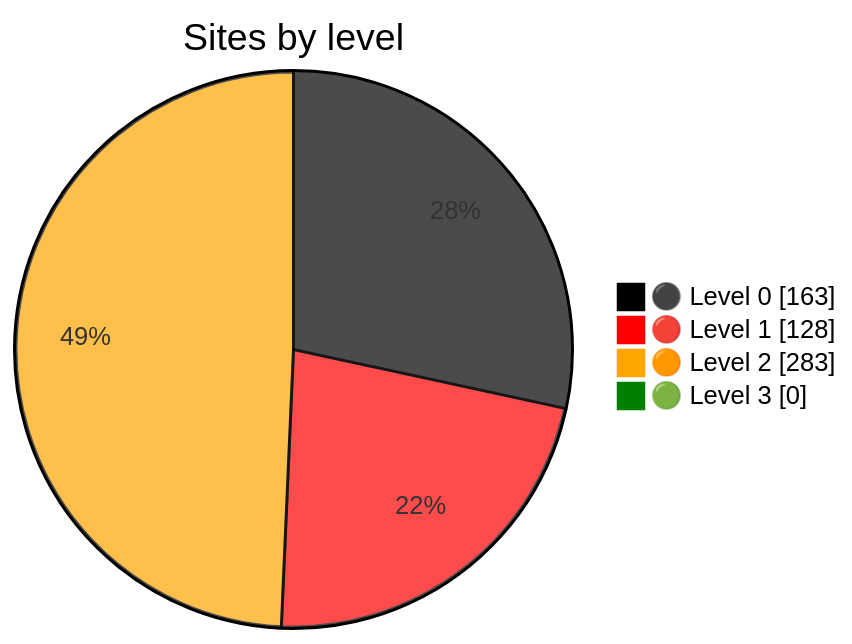
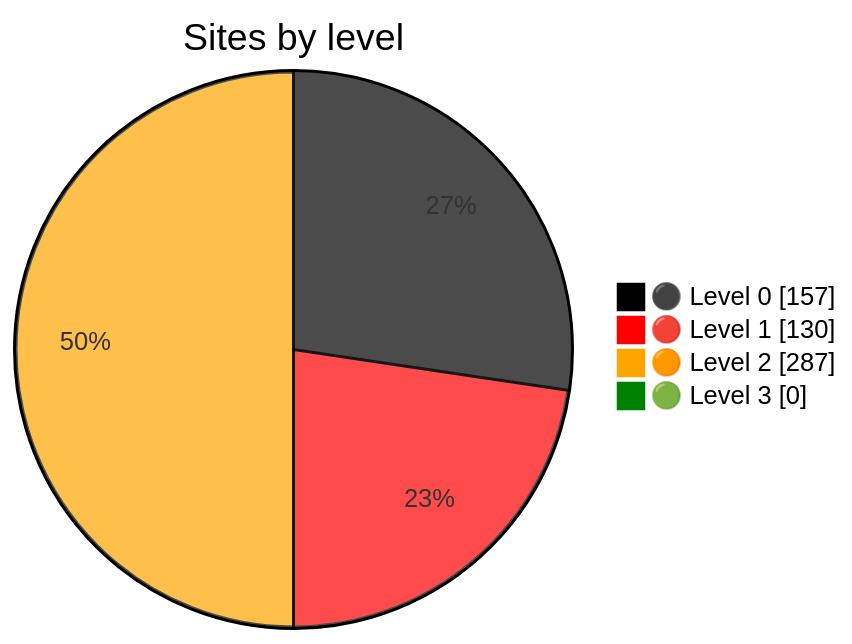
One commit to Dushmilan/gov_lk_web_auditor changed the diagram in README.md. Above: the diagram before and after it, drawn with Mermaid. The commit also changed other lines of this file and 2620 other files, not shown here.

````diff
--- a/README.md
+++ b/README.md
@@ -24,9 +24,9 @@
 ```mermaid
 %%{init: {"themeVariables":{"pie1":"black","pie2":"red","pie3":"orange","pie4":"green"}}}%%
 pie showData
     title Sites by level
-    "⚫ Level 0" : 163
-    "🔴 Level 1" : 128
-    "🟠 Level 2" : 283
+    "⚫ Level 0" : 157
+    "🔴 Level 1" : 130
+    "🟠 Level 2" : 287
     "🟢 Level 3" : 0
 ```
````
